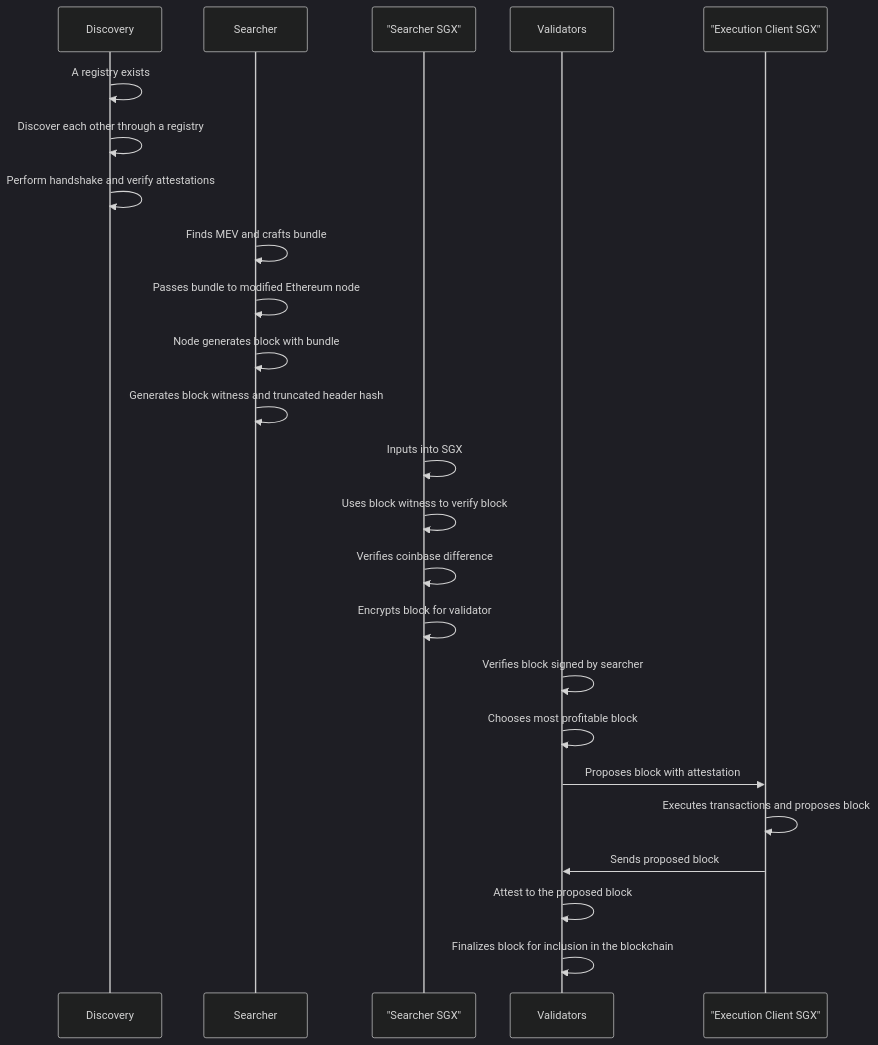
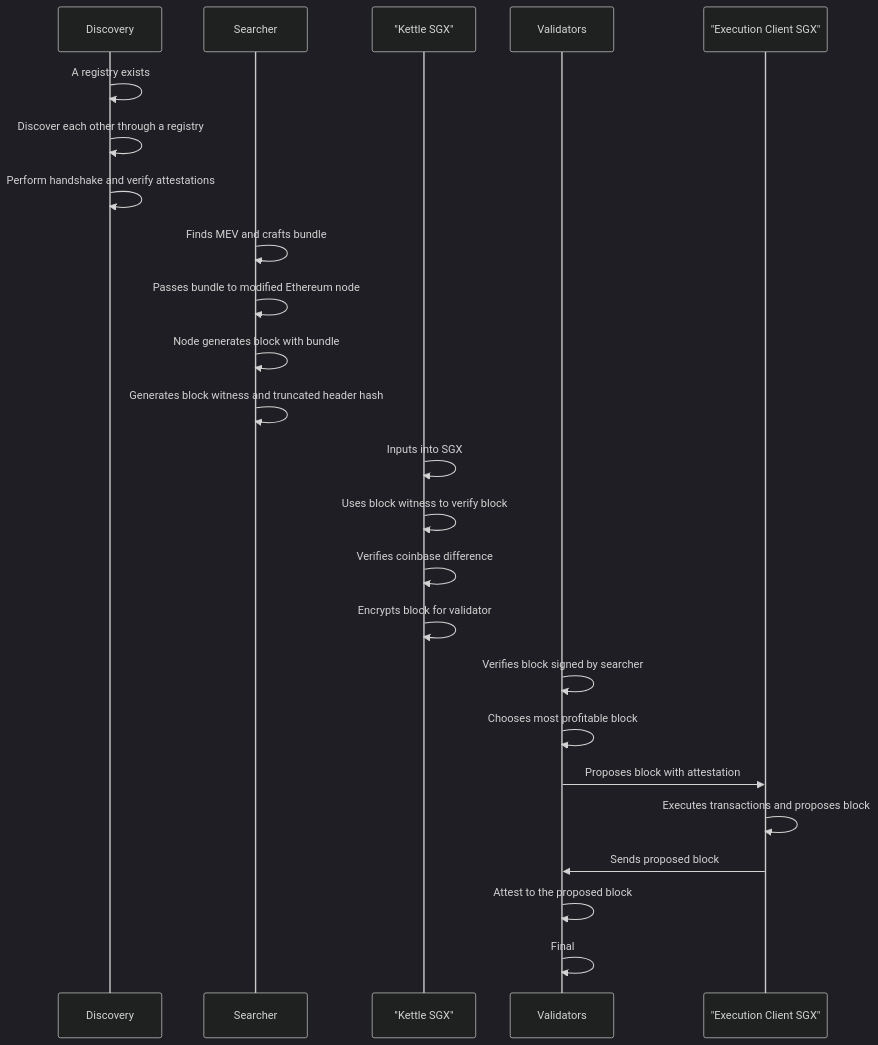
One commit to manifoldfinance/xga-docs-v0 changed the second of 2 diagrams in docs/Learning/flashbots-comparison.md. Above: the diagram before and after it, drawn with Mermaid (dark theme). The commit also changed other lines of this file and 5 other files, not shown here.

````diff
--- a/docs/Learning/flashbots-comparison.md
+++ b/docs/Learning/flashbots-comparison.md
@@ -55,32 +36,32 @@
 ```mermaid
 sequenceDiagram
     participant Discovery
     participant Searcher
-    participant Searcher_SGX as "Searcher SGX"
+    participant Kettle_SGX as "Kettle SGX"
     participant Validators
     participant Execution_Client_SGX as "Execution Client SGX"
 
     Discovery->>Discovery: A registry exists
     Discovery->>Discovery: Discover each other through a registry
     Discovery->>Discovery: Perform handshake and verify attestations
 
     Searcher->>Searcher: Finds MEV and crafts bundle
     Searcher->>Searcher: Passes bundle to modified Ethereum node
     Searcher->>Searcher: Node generates block with bundle
     Searcher->>Searcher: Generates block witness and truncated header hash
 
-    Searcher_SGX->>Searcher_SGX: Inputs into SGX
-    Searcher_SGX->>Searcher_SGX: Uses block witness to verify block
-    Searcher_SGX->>Searcher_SGX: Verifies coinbase difference
-    Searcher_SGX->>Searcher_SGX: Encrypts block for validator
+    Kettle_SGX->>Kettle_SGX: Inputs into SGX
+    Kettle_SGX->>Kettle_SGX: Uses block witness to verify block
+    Kettle_SGX->>Kettle_SGX: Verifies coinbase difference
+    Kettle_SGX->>Kettle_SGX: Encrypts block for validator
 
     Validators->>Validators: Verifies block signed by searcher
     Validators->>Validators: Chooses most profitable block
     Validators->>Execution_Client_SGX: Proposes block with attestation
 
     Execution_Client_SGX->>Execution_Client_SGX: Executes transactions and proposes block
     Execution_Client_SGX->>Validators: Sends proposed block
 
     Validators->>Validators: Attest to the proposed block
-    Validators->>Validators: Finalizes block for inclusion in the blockchain
+    Validators->>Validators: Final
 ```
````
